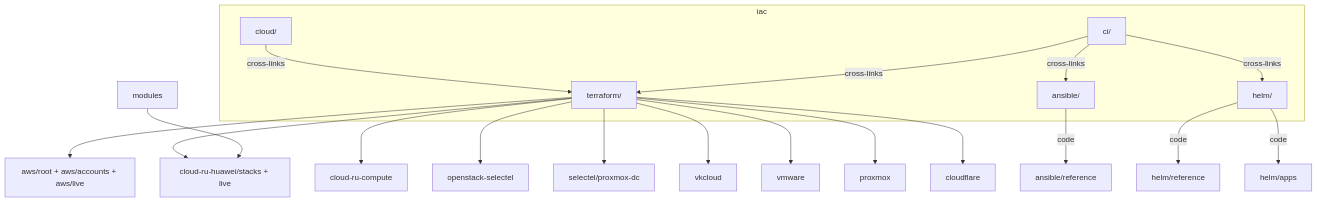
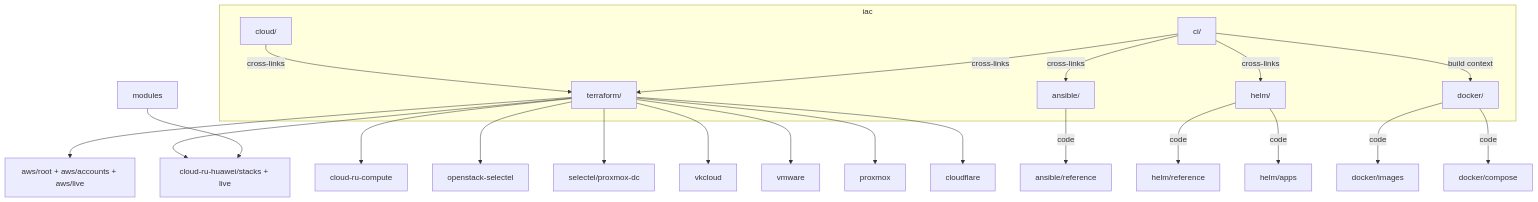
One commit to NarberallGamma/narberall-platform-engineer-lab changed the diagram in iac/README.md. Above: the diagram before and after it, drawn with Mermaid. The commit also changed other lines of this file and 418 other files, not shown here.

First line of the commit message:
Publish Docker image kits and Compose stacks next to Helm and Ansible.

````diff
--- a/iac/README.md
+++ b/iac/README.md
@@ -28,27 +30,31 @@
 ```mermaid
 flowchart TB
   subgraph iac [iac]
     Cloud[cloud/]
     TF[terraform/]
     ANS[ansible/]
     Helm[helm/]
+    Dock[docker/]
     CI[ci/]
   end
   Cloud -->|cross-links| TF
   ANS -->|code| RefAns[ansible/reference]
   Helm -->|code| RefHelm[helm/reference]
   Helm -->|code| AppsHelm[helm/apps]
+  Dock -->|code| ImgDock[docker/images]
+  Dock -->|code| CompDock[docker/compose]
   CI -->|cross-links| TF
   CI -->|cross-links| ANS
   CI -->|cross-links| Helm
+  CI -->|build context| Dock
   TF --> AWS[aws/root + aws/accounts + aws/live]
   TF --> CR[cloud-ru-huawei/stacks + live]
   TF --> CRC[cloud-ru-compute]
   TF --> OS[openstack-selectel]
   TF --> SEL[selectel/proxmox-dc]
   TF --> VK[vkcloud]
   TF --> VMw[vmware]
   TF --> PX[proxmox]
   TF --> CF[cloudflare]
   Mods[modules] --> CR
 ```
````
